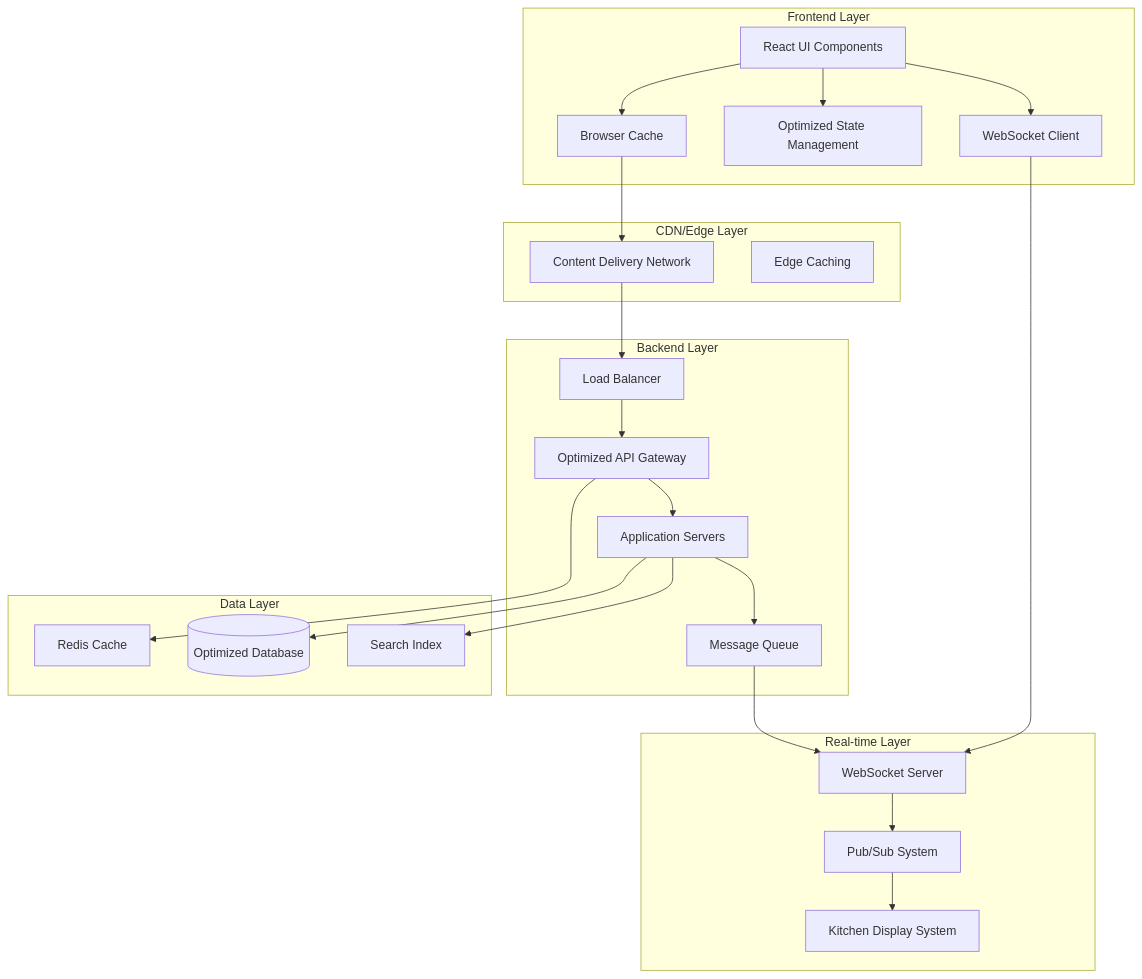
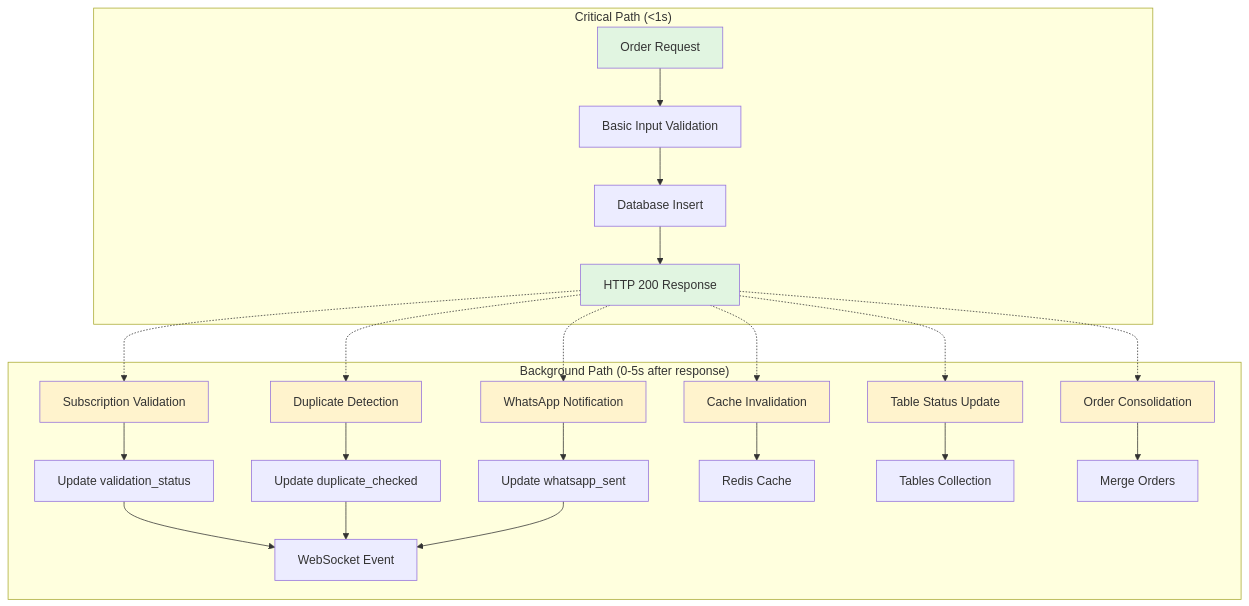
One commit to opentoworkprojects/bill changed the second of 2 diagrams in .kiro/specs/fast-order-creation-optimization/design.md. Above: the diagram before and after it, drawn with Mermaid. The commit also changed other lines of this file and 4 other files, not shown here.

First line of the commit message:
⚡ ULTRA-FAST order creation: <200ms response time

````diff
--- a/.kiro/specs/fast-order-creation-optimization/design.md
+++ b/.kiro/specs/fast-order-creation-optimization/design.md
@@ -17,49 +75,37 @@
 ```mermaid
 graph TB
-    subgraph "Frontend Layer"
-        UI[React UI Components]
-        Cache[Browser Cache]
-        State[Optimized State Management]
-        WS[WebSocket Client]
+    subgraph "Critical Path (<1s)"
+        Request[Order Request] --> Validate[Basic Input Validation]
+        Validate --> Insert[Database Insert]
+        Insert --> Response[HTTP 200 Response]
     end
     
-    subgraph "CDN/Edge Layer"
-        CDN[Content Delivery Network]
-        Edge[Edge Caching]
+    subgraph "Background Path (0-5s after response)"
+        Response -.-> BG1[Subscription Validation]
+        Response -.-> BG2[Duplicate Detection]
+        Response -.-> BG3[WhatsApp Notification]
+        Response -.-> BG4[Cache Invalidation]
+        Response -.-> BG5[Table Status Update]
+        Response -.-> BG6[Order Consolidation]
+        
+        BG1 --> Update1[Update validation_status]
+        BG2 --> Update2[Update duplicate_checked]
+        BG3 --> Update3[Update whatsapp_sent]
+        BG4 --> Cache[Redis Cache]
+        BG5 --> Tables[Tables Collection]
+        BG6 --> Merge[Merge Orders]
+        
+        Update1 --> Event[WebSocket Event]
+        Update2 --> Event
+        Update3 --> Event
     end
     
-    subgraph "Backend Layer"
-        LB[Load Balancer]
-        API[Optimized API Gateway]
-        App[Application Servers]
-        Queue[Message Queue]
-    end
-    
-    subgraph "Data Layer"
-        Redis[Redis Cache]
-        DB[(Optimized Database)]
-        Search[Search Index]
-    end
-    
-    subgraph "Real-time Layer"
-        WSS[WebSocket Server]
-        PubSub[Pub/Sub System]
-        KDS[Kitchen Display System]
-    end
-    
-    UI --> Cache
-    UI --> State
-    UI --> WS
-    Cache --> CDN
-    WS --> WSS
-    CDN --> LB
-    LB --> API
-    API --> App
-    API --> Redis
-    App --> Queue
-    App --> DB
-    App --> Search
-    Queue --> WSS
-    WSS --> PubSub
-    PubSub --> KDS
+    style Request fill:#e1f5e1
+    style Response fill:#e1f5e1
+    style BG1 fill:#fff3cd
+    style BG2 fill:#fff3cd
+    style BG3 fill:#fff3cd
+    style BG4 fill:#fff3cd
+    style BG5 fill:#fff3cd
+    style BG6 fill:#fff3cd
 ```
````
